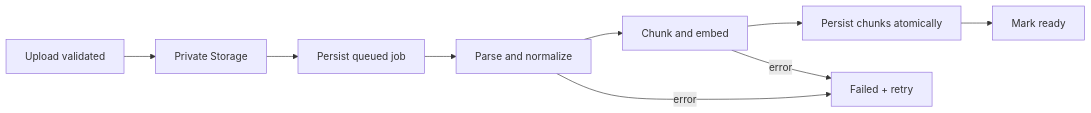
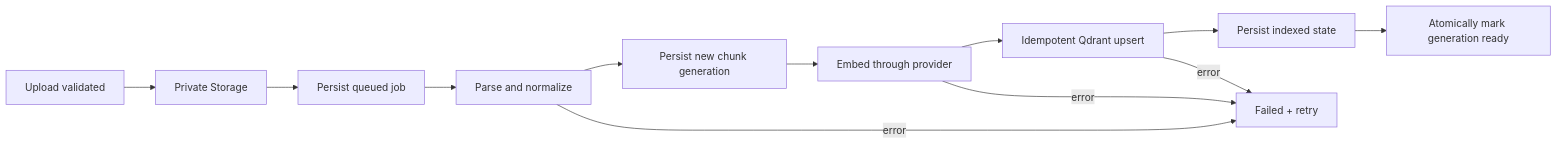
Before and after one commit to nmNDiem/agent-hub: the diagram in docs/architecture/storage-and-ingestion.md, drawn with Mermaid. The commit also changed other lines of this file and 26 other files, not shown here.

First line of the commit message:
docs(architecture): adopt Qdrant embedding index

````diff
--- a/docs/architecture/storage-and-ingestion.md
+++ b/docs/architecture/storage-and-ingestion.md
@@ -10,11 +10,14 @@
 ```mermaid
 flowchart LR
  U[Upload validated] --> S[Private Storage]
  S --> J[Persist queued job]
  J --> P[Parse and normalize]
- P --> C[Chunk and embed]
- C --> I[Persist chunks atomically]
- I --> R[Mark ready]
+ P --> C[Persist new chunk generation]
+ C --> E[Embed through provider]
+ E --> Q[Idempotent Qdrant upsert]
+ Q --> I[Persist indexed state]
+ I --> R[Atomically mark generation ready]
  P -->|error| F[Failed + retry]
- C -->|error| F
+ E -->|error| F
+ Q -->|error| F
 ```
````
